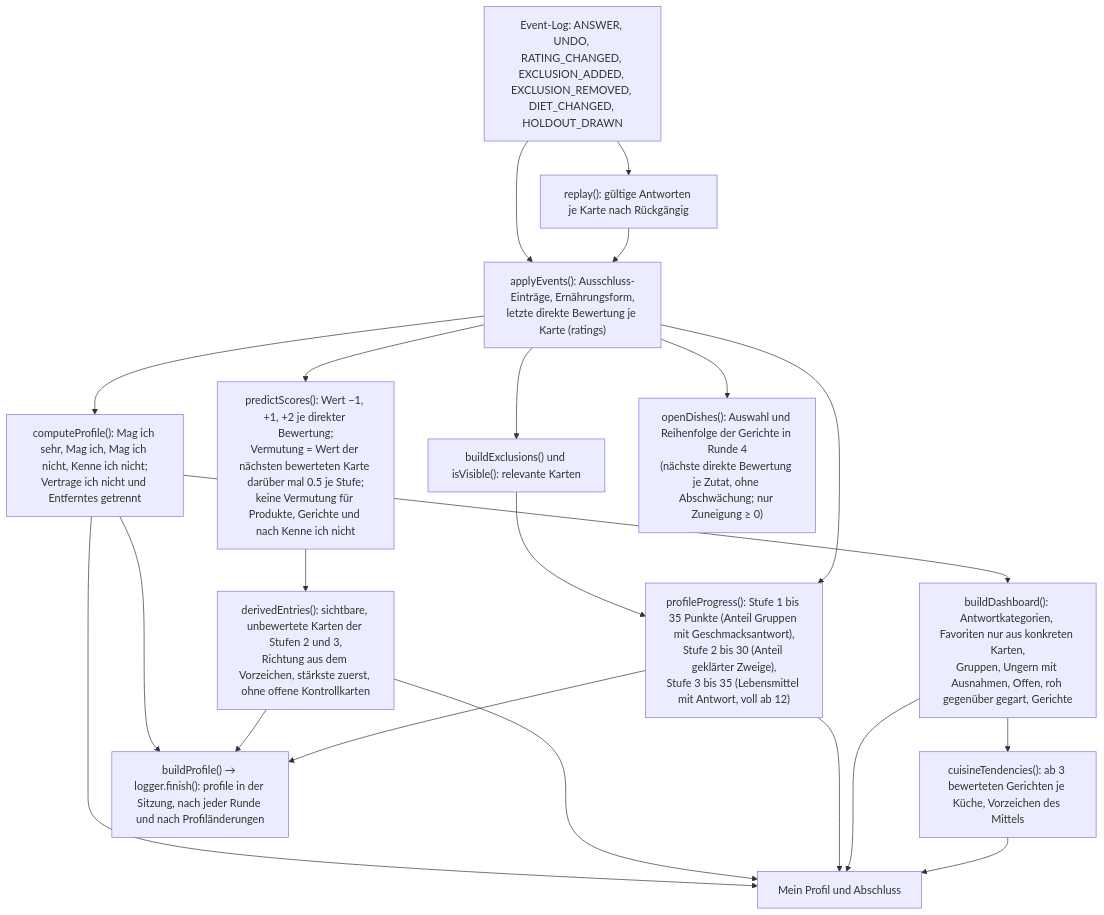
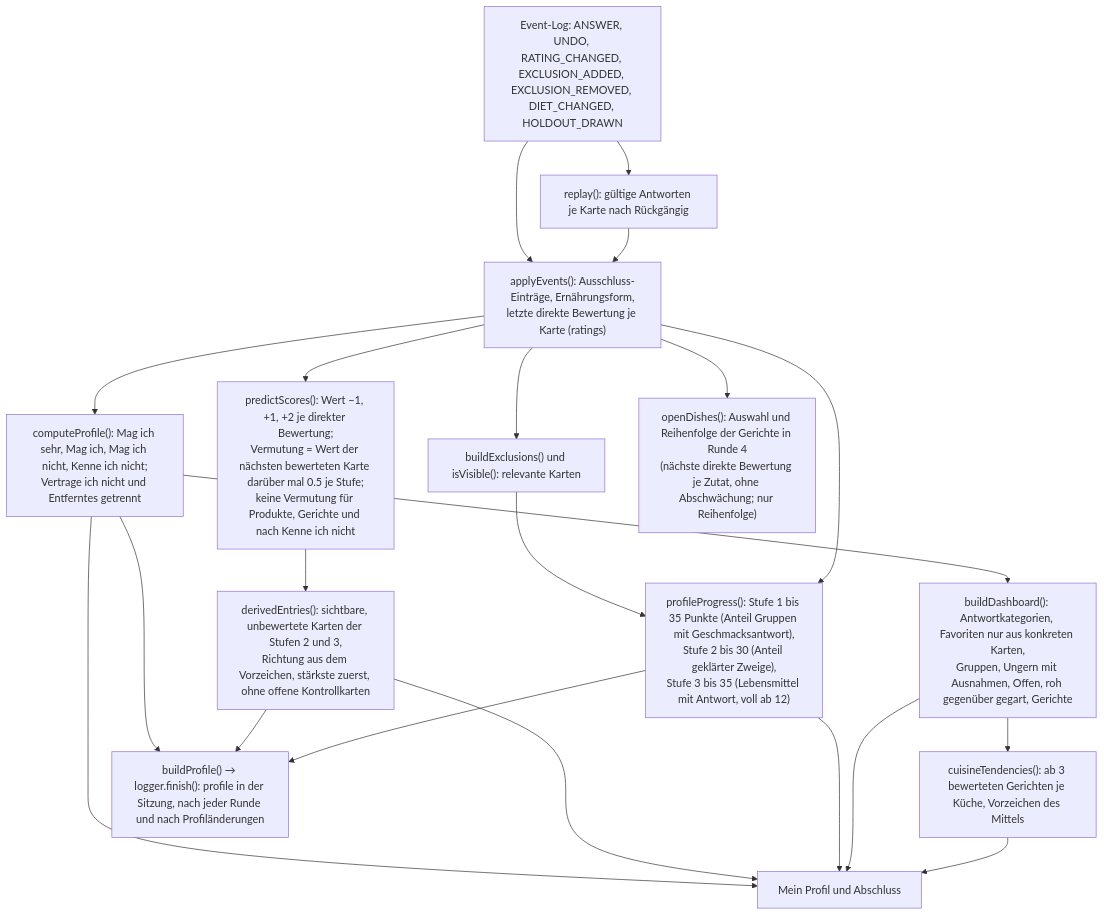
The sixth of 6 diagrams in docs/05_Flowcharts.md (kerisan-jeg/geschmacksprofil-50plus), drawn with Mermaid before and after one commit. The commit also changed other lines of this file and 68 other files, not shown here.

First line of the commit message:
Runde 4 ohne Geschmacksfilter, „Runde beenden“ von Anfang an, 42 neue Gerichte mit Fotos (64 statt 22)

````diff
--- a/docs/05_Flowcharts.md
+++ b/docs/05_Flowcharts.md
@@ -176,17 +176,17 @@
 ```mermaid
 flowchart TD
   L["Event-Log: ANSWER, UNDO, RATING_CHANGED, EXCLUSION_ADDED, EXCLUSION_REMOVED, DIET_CHANGED, HOLDOUT_DRAWN"] --> R["replay(): gültige Antworten je Karte nach Rückgängig"]
   L --> X["applyEvents(): Ausschluss-Einträge, Ernährungsform,<br/>letzte direkte Bewertung je Karte (ratings)"]
   R --> X
   X --> V["buildExclusions() und isVisible(): relevante Karten"]
   X --> P1["computeProfile(): Mag ich sehr, Mag ich, Mag ich nicht, Kenne ich nicht;<br/>Vertrage ich nicht und Entferntes getrennt"]
   X --> P2["predictScores(): Wert −1, +1, +2 je direkter Bewertung;<br/>Vermutung = Wert der nächsten bewerteten Karte darüber mal 0.5 je Stufe;<br/>keine Vermutung für Produkte, Gerichte und nach Kenne ich nicht"]
   P2 --> P3["derivedEntries(): sichtbare, unbewertete Karten der Stufen 2 und 3,<br/>Richtung aus dem Vorzeichen, stärkste zuerst, ohne offene Kontrollkarten"]
   V --> P4
   X --> P4["profileProgress(): Stufe 1 bis 35 Punkte (Anteil Gruppen mit Geschmacksantwort),<br/>Stufe 2 bis 30 (Anteil geklärter Zweige),<br/>Stufe 3 bis 35 (Lebensmittel mit Antwort, voll ab 12)"]
   P1 --> P5["buildDashboard(): Antwortkategorien, Favoriten nur aus konkreten Karten,<br/>Gruppen, Ungern mit Ausnahmen, Offen, roh gegenüber gegart, Gerichte"]
   P5 --> P6["cuisineTendencies(): ab 3 bewerteten Gerichten je Küche, Vorzeichen des Mittels"]
-  X --> D4["openDishes(): Auswahl und Reihenfolge der Gerichte in Runde 4<br/>(nächste direkte Bewertung je Zutat, ohne Abschwächung; nur Zuneigung ≥ 0)"]
+  X --> D4["openDishes(): Auswahl und Reihenfolge der Gerichte in Runde 4<br/>(nächste direkte Bewertung je Zutat, ohne Abschwächung; nur Reihenfolge)"]
   P1 & P3 & P4 & P5 & P6 --> UI["Mein Profil und Abschluss"]
   P1 & P3 & P4 --> LOGP["buildProfile() → logger.finish(): profile in der Sitzung, nach jeder Runde und nach Profiländerungen"]
 ```
````
